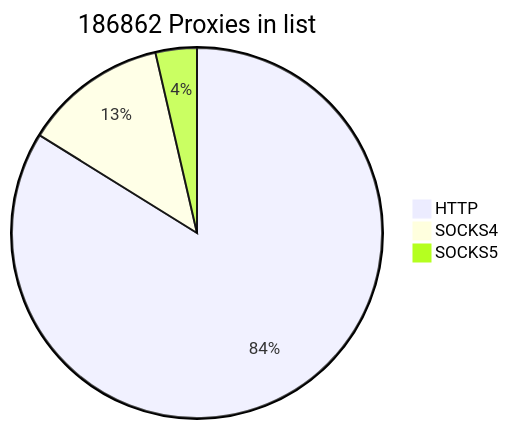
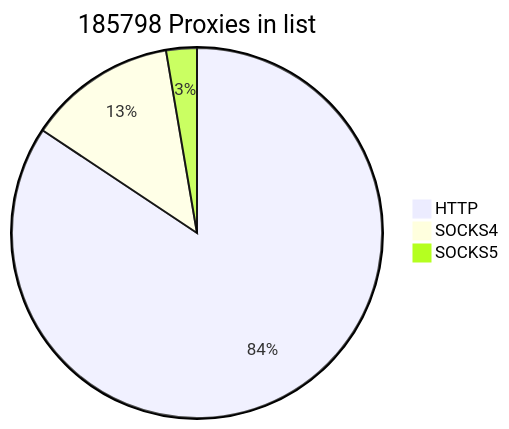
Before and after one commit to cutipu/proxylist: the first of 2 diagrams in README.md, drawn with Mermaid. The commit also changed other lines of this file, not shown here.

````diff
--- a/README.md
+++ b/README.md
@@ -2,7 +2,7 @@
 ```mermaid
-pie title 186862 Proxies in list
-    "HTTP" : 156681
-    "SOCKS4" : 23439
-    "SOCKS5" : 6742
+pie title 185798 Proxies in list
+    "HTTP" : 156706
+    "SOCKS4" : 24111
+    "SOCKS5" : 4981
             
 ```
````
